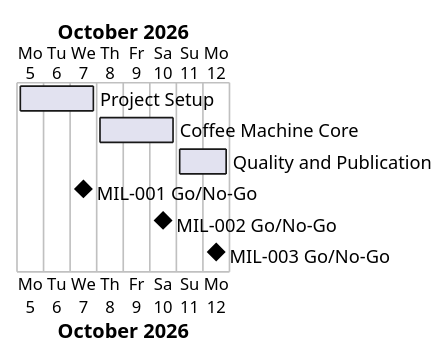
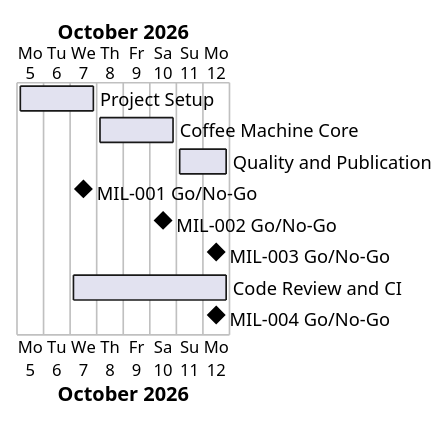
Before and after one commit to Tirsvad-Udemy-100-days-of-code/015-coffee-machine: the diagram in docs/project-plan.md, drawn with PlantUML. The commit also changed other lines of this file and 10 other files, not shown here.

First line of the commit message:
Add SQA review records and plan MIL-004 Code Review and CI

````diff
--- a/docs/project-plan.md
+++ b/docs/project-plan.md
@@ -35,11 +37,13 @@
 ```plantuml
 @startgantt
 Project starts 2026-10-05
 [Project Setup] starts 2026-10-05 and ends 2026-10-07
 [Coffee Machine Core] starts 2026-10-08 and ends 2026-10-10
 [Quality and Publication] starts 2026-10-11 and ends 2026-10-12
 [MIL-001 Go/No-Go] happens 2026-10-07
 [MIL-002 Go/No-Go] happens 2026-10-10
 [MIL-003 Go/No-Go] happens 2026-10-12
+[Code Review and CI] starts 2026-10-07 and ends 2026-10-12
+[MIL-004 Go/No-Go] happens 2026-10-12
 @endgantt
 ```
````
